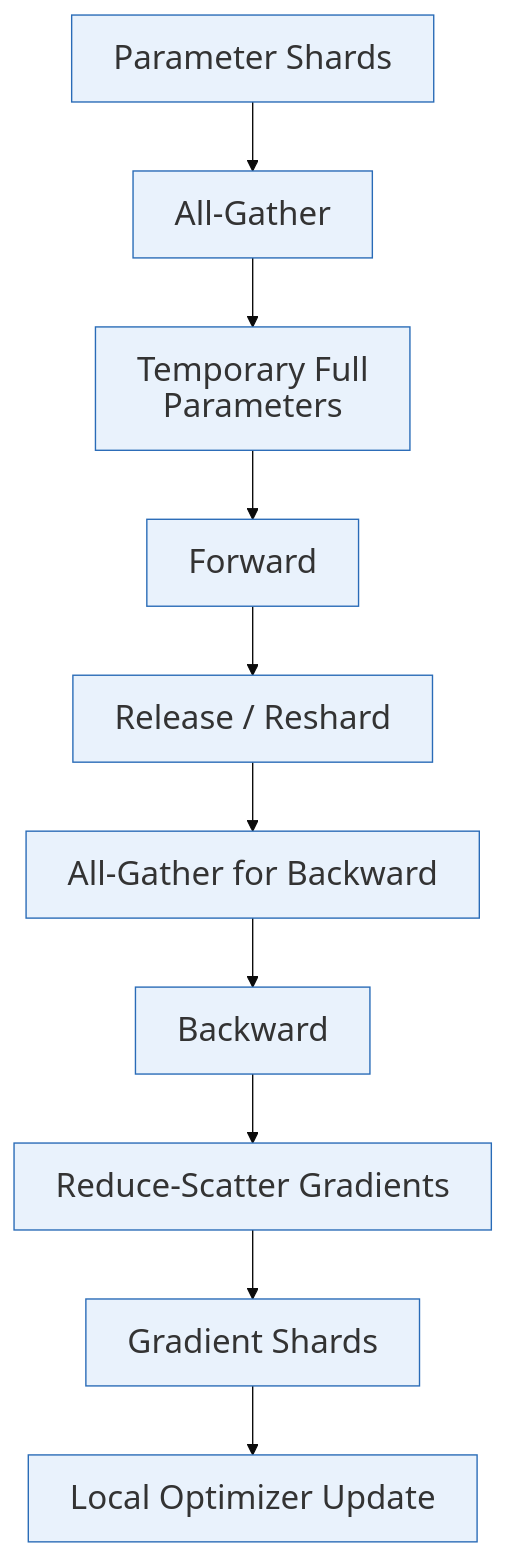
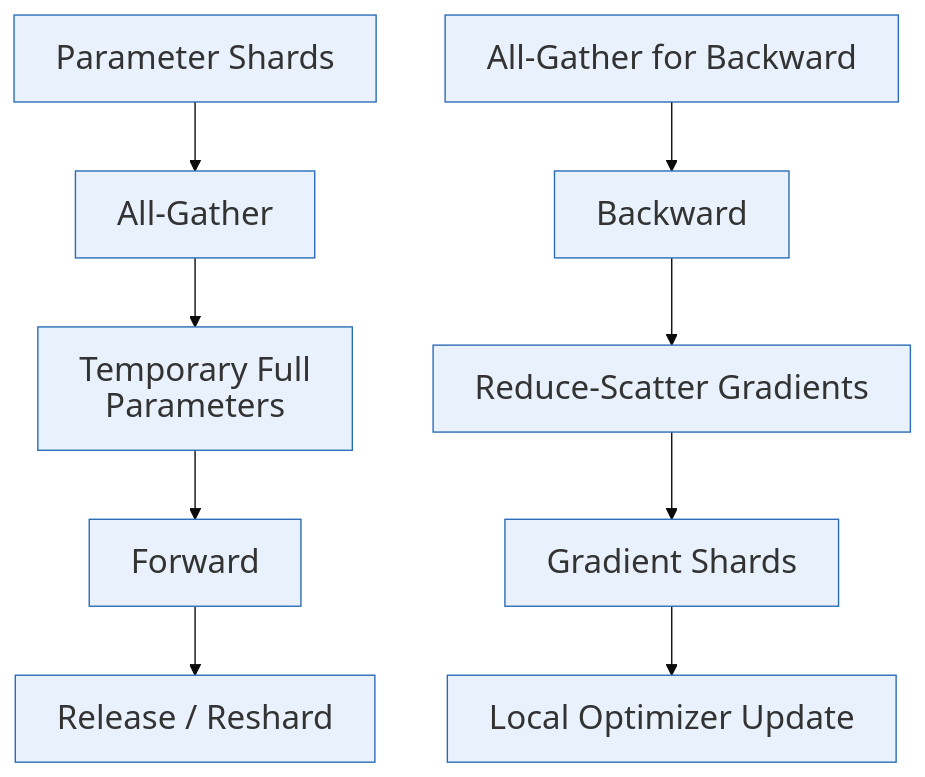
One commit to jshn9515/deep-learning-notes changed the diagram in zh/ch19-llm-training-engineering/figures/ch19.8-block-life-cycle.mmd. Above: the diagram before and after it, drawn with Mermaid. The commit also changed 10 other files, not shown here.

```diff
--- a/zh/ch19-llm-training-engineering/figures/ch19.8-block-life-cycle.mmd
+++ b/zh/ch19-llm-training-engineering/figures/ch19.8-block-life-cycle.mmd
@@ -1,41 +1,40 @@
 ---
 config:
   startOnLoad: false
   theme: base
   htmlLabels: false
   fontFamily: Arial, Microsoft YaHei, Noto Serif CJK SC, sans-serif
   themeVariables:
     fontSize: 24px
     primaryColor: "#e9f2fc"
     primaryBorderColor: "#296bb7"
     primaryTextColor: "#333333"
     lineColor: "#0b0b0b"
   
   flowchart:
     wrappingWidth: 300
 
   themeCSS: |
     .node text,
     .nodeLabel,
     .label text {
       font-weight: 400;
       font-style: normal;
     }
 
     .node rect,
     .flowchart-link {
       stroke-width: 1px;
     }
 ---
 
 flowchart TD
-    S["Parameter Shards"] --> AG["All-Gather"]
-    AG --> P["Temporary Full Parameters"]
+    S["Parameter Shards"] --> AG1["All-Gather"]
+    AG1 --> P["Temporary Full Parameters"]
     P --> F["Forward"]
     F --> R["Release / Reshard"]
 
-    R --> AG2["All-Gather for Backward"]
-    AG2 --> B["Backward"]
+    AG2["All-Gather for Backward"] --> B["Backward"]
     B --> RS["Reduce-Scatter Gradients"]
     RS --> GS["Gradient Shards"]
     GS --> O["Local Optimizer Update"]
```
